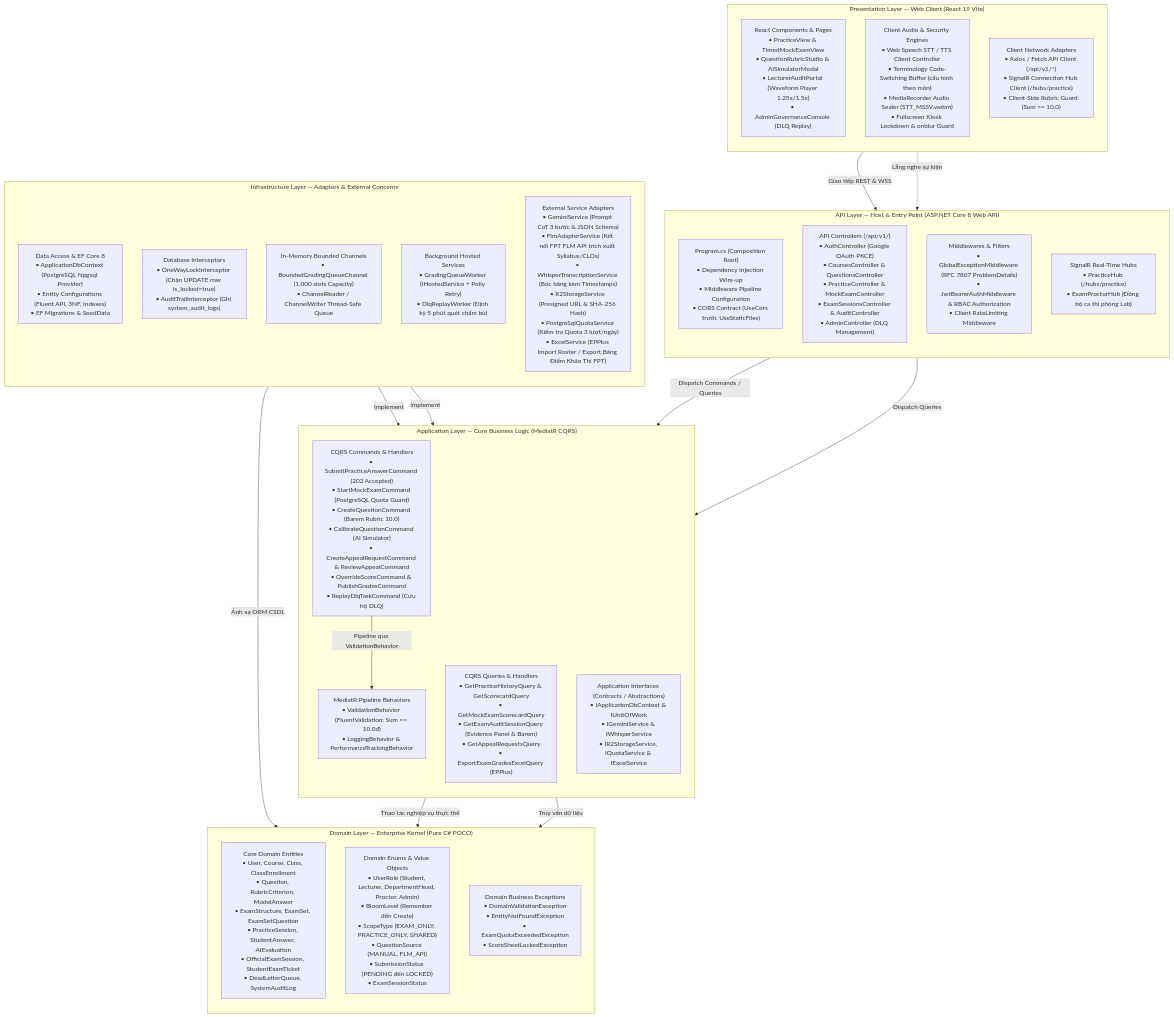
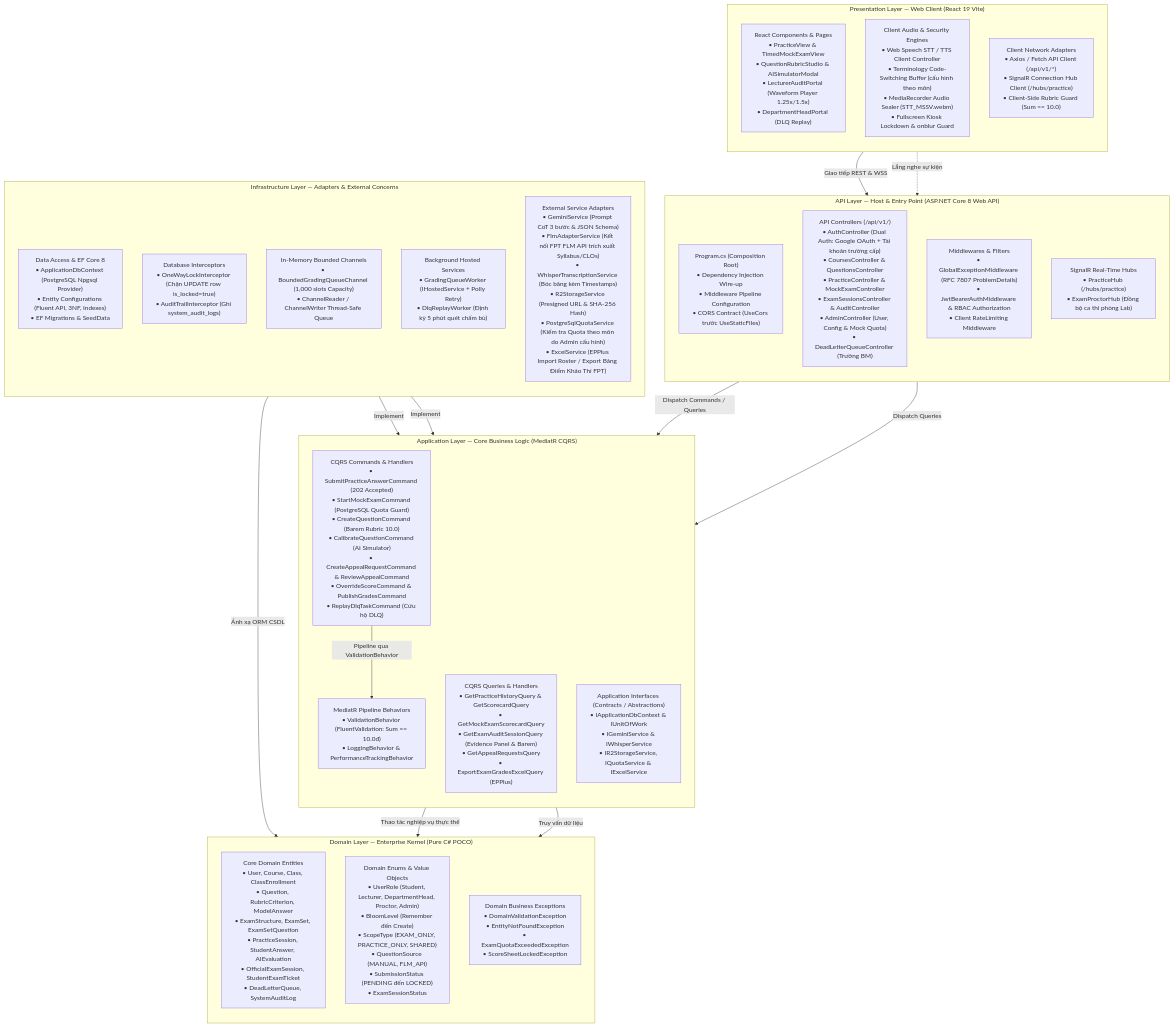
Before and after one commit to An-LLM-based-Oral-Examination/oral-exam-system: the third of 14 diagrams in docs/01_architecture/MASTER_ARCHITECTURE.md, drawn with Mermaid. The commit also changed other lines of this file and 104 other files, not shown here.

````diff
--- a/docs/01_architecture/MASTER_ARCHITECTURE.md
+++ b/docs/01_architecture/MASTER_ARCHITECTURE.md
@@ -439,53 +440,53 @@
 ```mermaid
 flowchart TD
     subgraph Layer_Client ["Presentation Layer — Web Client (React 19 Vite)"]
         direction TB
-        UI_Components["React Components & Pages<br>• PracticeView & TimedMockExamView<br>• QuestionRubricStudio & AISimulatorModal<br>• LecturerAuditPortal (Waveform Player 1.25x/1.5x)<br>• AdminGovernanceConsole (DLQ Replay)"]
+        UI_Components["React Components & Pages<br>• PracticeView & TimedMockExamView<br>• QuestionRubricStudio & AISimulatorModal<br>• LecturerAuditPortal (Waveform Player 1.25x/1.5x)<br>• DepartmentHeadPortal (DLQ Replay)"]
         UI_Audio["Client Audio & Security Engines<br>• Web Speech STT / TTS Client Controller<br>• Terminology Code-Switching Buffer (cấu hình theo môn)<br>• MediaRecorder Audio Sealer (STT_MSSV.webm)<br>• Fullscreen Kiosk Lockdown & onblur Guard"]
         UI_Network["Client Network Adapters<br>• Axios / Fetch API Client (/api/v1/*)<br>• SignalR Connection Hub Client (/hubs/practice)<br>• Client-Side Rubric Guard (Sum == 10.0)"]
     end
 
     subgraph Layer_API ["API Layer — Host & Entry Point (ASP.NET Core 8 Web API)"]
         direction TB
         API_Program["Program.cs (Composition Root)<br>• Dependency Injection Wire-up<br>• Middleware Pipeline Configuration<br>• CORS Contract (UseCors trước UseStaticFiles)"]
-        API_Controllers["API Controllers (/api/v1/)<br>• AuthController (Google OAuth PKCE)<br>• CoursesController & QuestionsController<br>• PracticeController & MockExamController<br>• ExamSessionsController & AuditController<br>• AdminController (DLQ Management)"]
+        API_Controllers["API Controllers (/api/v1/)<br>• AuthController (Dual Auth: Google OAuth + Tài khoản trường cấp)<br>• CoursesController & QuestionsController<br>• PracticeController & MockExamController<br>• ExamSessionsController & AuditController<br>• AdminController (User, Config & Mock Quota)<br>• DeadLetterQueueController (Trưởng BM)"]
         API_Middleware["Middlewares & Filters<br>• GlobalExceptionMiddleware (RFC 7807 ProblemDetails)<br>• JwtBearerAuthMiddleware & RBAC Authorization<br>• Client RateLimiting Middleware"]
         API_SignalR["SignalR Real-Time Hubs<br>• PracticeHub (/hubs/practice)<br>• ExamProctorHub (Đồng bộ ca thi phòng Lab)"]
     end
 
     subgraph Layer_App ["Application Layer — Core Business Logic (MediatR CQRS)"]
         direction TB
         App_Commands["CQRS Commands & Handlers<br>• SubmitPracticeAnswerCommand (202 Accepted)<br>• StartMockExamCommand (PostgreSQL Quota Guard)<br>• CreateQuestionCommand (Barem Rubric 10.0)<br>• CalibrateQuestionCommand (AI Simulator)<br>• CreateAppealRequestCommand & ReviewAppealCommand<br>• OverrideScoreCommand & PublishGradesCommand<br>• ReplayDlqTaskCommand (Cứu hộ DLQ)"]
         App_Queries["CQRS Queries & Handlers<br>• GetPracticeHistoryQuery & GetScorecardQuery<br>• GetMockExamScorecardQuery<br>• GetExamAuditSessionQuery (Evidence Panel & Barem)<br>• GetAppealRequestsQuery<br>• ExportExamGradesExcelQuery (EPPlus)"]
         App_Pipeline["MediatR Pipeline Behaviors<br>• ValidationBehavior (FluentValidation: Sum == 10.0đ)<br>• LoggingBehavior & PerformanceTrackingBehavior"]
         App_Interfaces["Application Interfaces (Contracts / Abstractions)<br>• IApplicationDbContext & IUnitOfWork<br>• IGeminiService & IWhisperService<br>• IR2StorageService, IQuotaService & IExcelService"]
     end
 
     subgraph Layer_Infra ["Infrastructure Layer — Adapters & External Concerns"]
         direction TB
         Infra_Persistence["Data Access & EF Core 8<br>• ApplicationDbContext (PostgreSQL Npgsql Provider)<br>• Entity Configurations (Fluent API, 3NF, Indexes)<br>• EF Migrations & SeedData"]
         Infra_Interceptors["Database Interceptors<br>• OneWayLockInterceptor (Chặn UPDATE row is_locked=true)<br>• AuditTrailInterceptor (Ghi system_audit_logs)"]
         Infra_Channels["In-Memory Bounded Channels<br>• BoundedGradingQueueChannel (1,000 slots Capacity)<br>• ChannelReader / ChannelWriter Thread-Safe Queue"]
         Infra_Workers["Background Hosted Services<br>• GradingQueueWorker (IHostedService + Polly Retry)<br>• DlqReplayWorker (Định kỳ 5 phút quét chấm bù)"]
-        Infra_ExternalServices["External Service Adapters<br>• GeminiService (Prompt CoT 3 bước & JSON Schema)<br>• FlmAdapterService (Kết nối FPT FLM API trích xuất Syllabus/CLOs)<br>• WhisperTranscriptionService (Bóc băng kèm Timestamps)<br>• R2StorageService (Presigned URL & SHA-256 Hash)<br>• PostgreSqlQuotaService (Kiểm tra Quota 3 lượt/ngày)<br>• ExcelService (EPPlus Import Roster / Export Bảng Điểm Khảo Thí FPT)"]
+        Infra_ExternalServices["External Service Adapters<br>• GeminiService (Prompt CoT 3 bước & JSON Schema)<br>• FlmAdapterService (Kết nối FPT FLM API trích xuất Syllabus/CLOs)<br>• WhisperTranscriptionService (Bóc băng kèm Timestamps)<br>• R2StorageService (Presigned URL & SHA-256 Hash)<br>• PostgreSqlQuotaService (Kiểm tra Quota theo môn do Admin cấu hình)<br>• ExcelService (EPPlus Import Roster / Export Bảng Điểm Khảo Thí FPT)"]
     end
 
     subgraph Layer_Domain ["Domain Layer — Enterprise Kernel (Pure C# POCO)"]
         direction TB
         Domain_Entities["Core Domain Entities<br>• User, Course, Class, ClassEnrollment<br>• Question, RubricCriterion, ModelAnswer<br>• ExamStructure, ExamSet, ExamSetQuestion<br>• PracticeSession, StudentAnswer, AIEvaluation<br>• OfficialExamSession, StudentExamTicket<br>• DeadLetterQueue, SystemAuditLog"]
         Domain_Enums["Domain Enums & Value Objects<br>• UserRole (Student, Lecturer, DepartmentHead, Proctor, Admin)<br>• BloomLevel (Remember đến Create)<br>• ScopeType (EXAM_ONLY, PRACTICE_ONLY, SHARED)<br>• QuestionSource (MANUAL, FLM_API)<br>• SubmissionStatus (PENDING đến LOCKED)<br>• ExamSessionStatus"]
         Domain_Exceptions["Domain Business Exceptions<br>• DomainValidationException<br>• EntityNotFoundException<br>• ExamQuotaExceededException<br>• ScoreSheetLockedException"]
     end
 
     %% Dependency Arrows
     UI_Network -->|Giao tiếp REST & WSS| API_Controllers
     UI_Network -.->|Lắng nghe sự kiện| API_SignalR
     API_Controllers -->|Dispatch Commands / Queries| App_Commands
     API_Controllers -->|Dispatch Queries| App_Queries
     App_Commands -->|Pipeline qua ValidationBehavior| App_Pipeline
     Infra_Persistence -->|Implement| App_Interfaces
     Infra_ExternalServices -->|Implement| App_Interfaces
     App_Commands -->|Thao tác nghiệp vụ thực thể| Domain_Entities
     App_Queries -->|Truy vấn dữ liệu| Domain_Entities
     Infra_Persistence -->|Ánh xạ ORM CSDL| Domain_Entities
 ```
````
